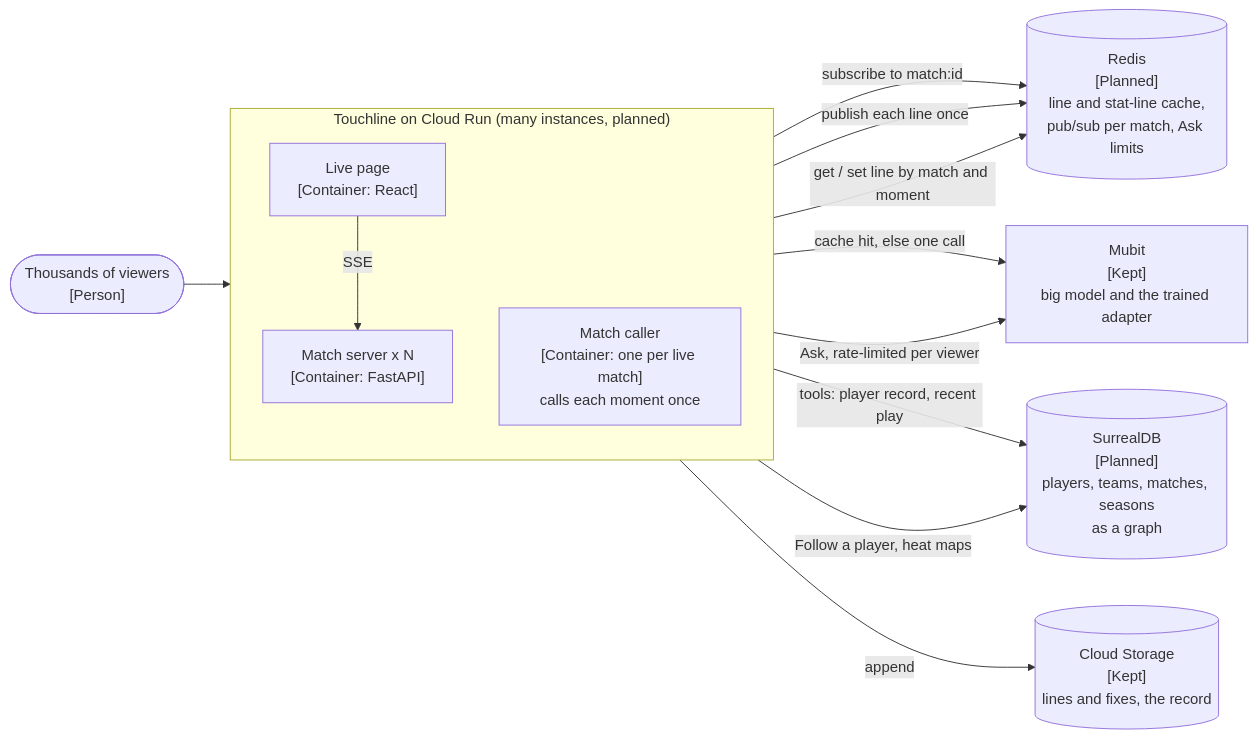
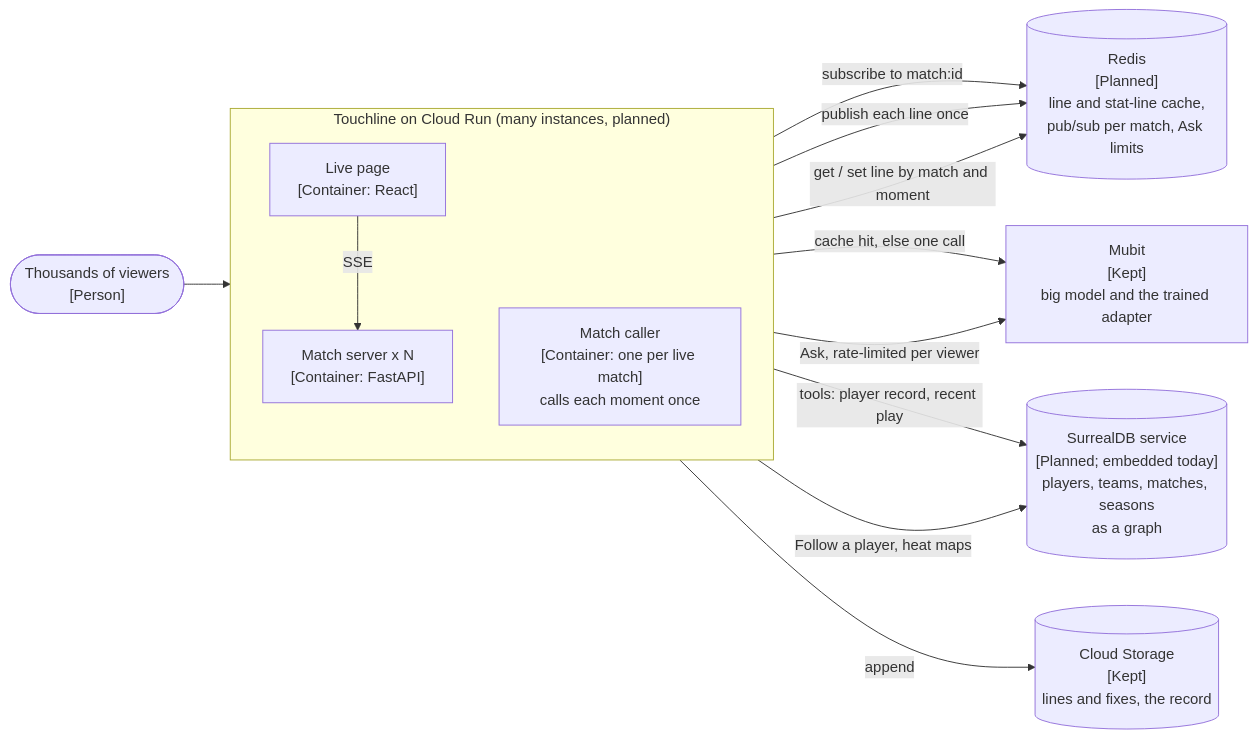
Before and after one commit to atiladeokegab/night-shift: the second of 2 diagrams in docs/ARCHITECTURE.md, drawn with Mermaid. The commit also changed other lines of this file and 2 other files, not shown here.

Commit message:
docs: SurrealDB is built as the embedded graph behind Follow a player; Redis stays a plan (#300)

````diff
--- a/docs/ARCHITECTURE.md
+++ b/docs/ARCHITECTURE.md
@@ -86,27 +90,27 @@
 ```mermaid
 flowchart LR
     viewers(["Thousands of viewers<br/>[Person]"])
 
     subgraph run["Touchline on Cloud Run (many instances, planned)"]
         direction TB
         web["Live page<br/>[Container: React]"]
         app["Match server x N<br/>[Container: FastAPI]"]
         worker["Match caller<br/>[Container: one per live match]<br/>calls each moment once"]
     end
 
     redis[("Redis<br/>[Planned]<br/>line and stat-line cache,<br/>pub/sub per match, Ask limits")]
-    surreal[("SurrealDB<br/>[Planned]<br/>players, teams, matches, seasons<br/>as a graph")]
+    surreal[("SurrealDB service<br/>[Planned; embedded today]<br/>players, teams, matches, seasons<br/>as a graph")]
     mubit["Mubit<br/>[Kept]<br/>big model and the trained adapter"]
     store[("Cloud Storage<br/>[Kept]<br/>lines and fixes, the record")]
 
     viewers --> web
     web -->|"SSE"| app
     app -->|"subscribe to match:id"| redis
     worker -->|"publish each line once"| redis
     worker -->|"cache hit, else one call"| mubit
     worker -->|"get / set line by match and moment"| redis
     worker -->|"tools: player record, recent play"| surreal
     app -->|"Follow a player, heat maps"| surreal
     app -->|"Ask, rate-limited per viewer"| mubit
     worker -->|"append"| store
 ```
````
